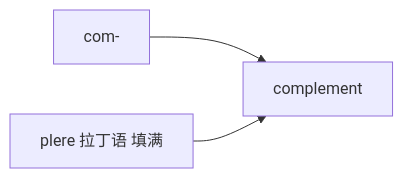
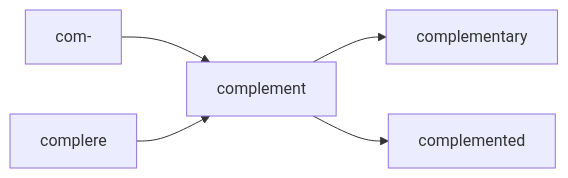
The fourth of 5 diagrams in slides_backup/托业单词/20260630/01.md (seki999/DialogueFlow), drawn with Mermaid before and after one commit. The commit also changed other lines of this file and 28 other files, not shown here.

````diff
--- a/slides_backup/托业单词/20260630/01.md
+++ b/slides_backup/托业单词/20260630/01.md
@@ -137,5 +173,7 @@
 ```mermaid
 flowchart LR
     A[com-] --> D[complement]
-    B[plere 拉丁语 填满] --> D
+    B[complere] --> D
+    D --> E[complementary]
+    D --> F[complemented]
 ```
````
